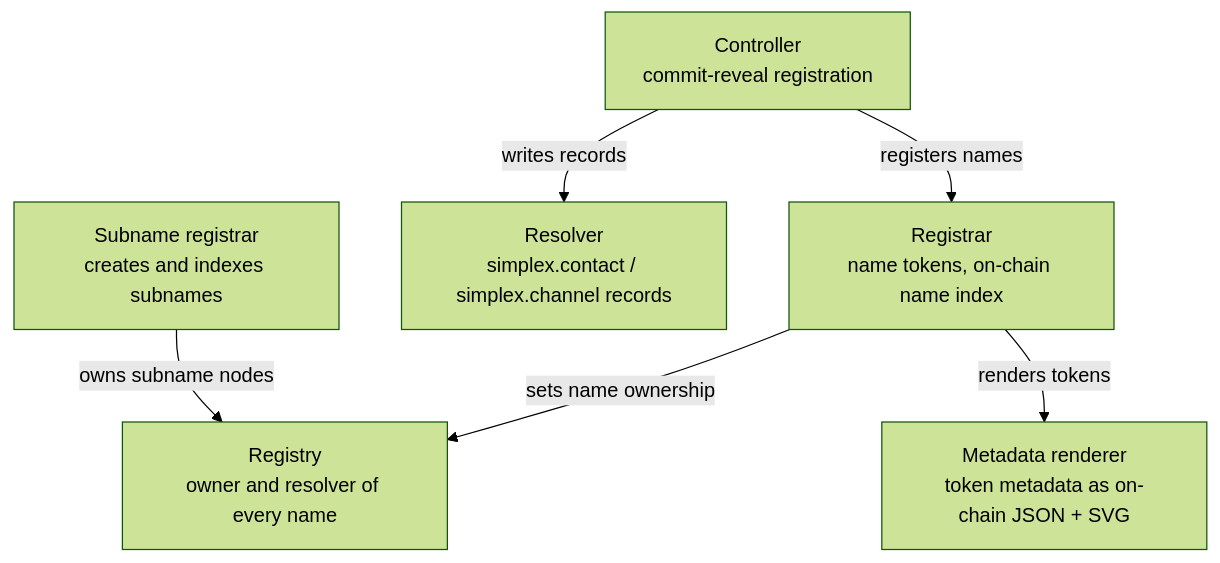
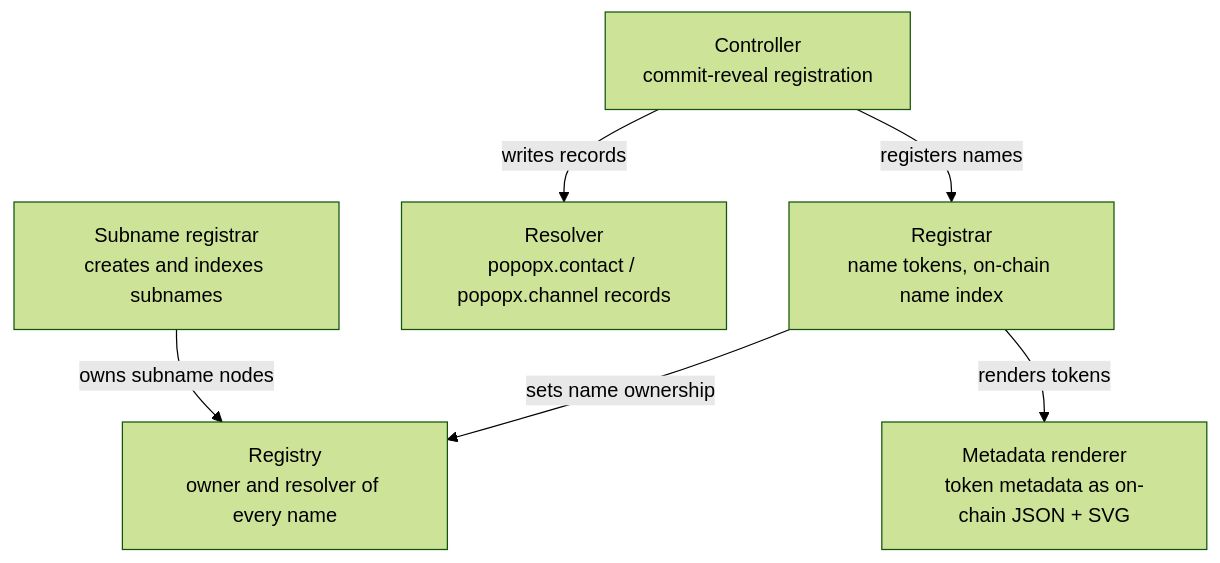
The second of 2 diagrams in docs/protocol/names-overview.md (popopx/popopx-chat), drawn with Mermaid (forest theme) before and after one commit. The commit also changed other lines of this file and 1442 other files, not shown here.

````diff
--- a/docs/protocol/names-overview.md
+++ b/docs/protocol/names-overview.md
@@ -154,15 +154,15 @@
 ```mermaid
 flowchart TD
     CT["Controller<br/>commit-reveal registration"]
     RG["Registrar<br/>name tokens, on-chain name index"]
-    PR["Resolver<br/>simplex.contact / simplex.channel records"]
+    PR["Resolver<br/>popopx.contact / popopx.channel records"]
     R["Registry<br/>owner and resolver of every name"]
     MR["Metadata renderer<br/>token metadata as on-chain JSON + SVG"]
     SR["Subname registrar<br/>creates and indexes subnames"]
 
     CT -->|registers names| RG
     CT -->|writes records| PR
     RG -->|sets name ownership| R
     RG -->|renders tokens| MR
     SR -->|owns subname nodes| R
 ```
````
